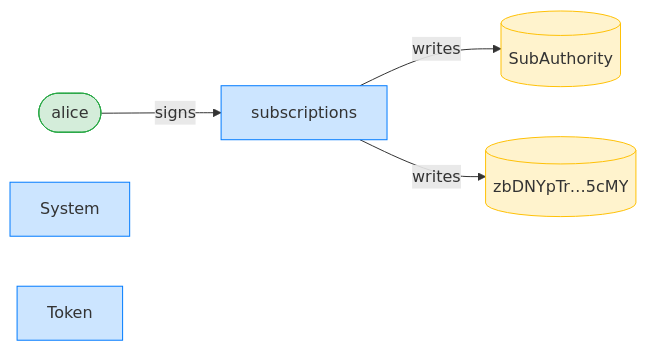
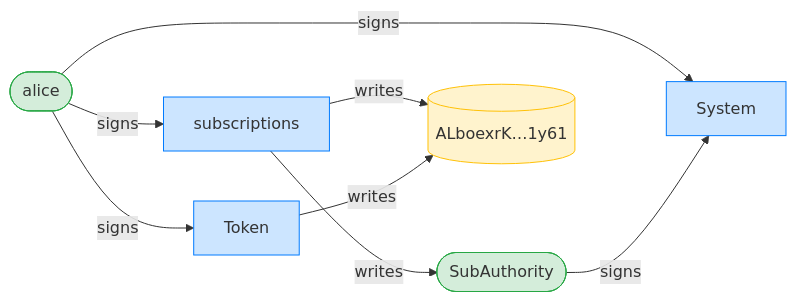
Diagram 15 of 16 in dsl_tests/subscribe-rejects-a-stale-authority-generation.md (cds-rs/subscriptions), drawn with Mermaid before and after one commit. The commit also changed other lines of this file and 224 other files, not shown here.

````diff
--- a/dsl_tests/subscribe-rejects-a-stale-authority-generation.md
+++ b/dsl_tests/subscribe-rejects-a-stale-authority-generation.md
@@ -266,15 +278,19 @@
 ```mermaid
 flowchart LR
     classDef signer fill:#d4edda,stroke:#28a745;
     classDef program fill:#cce5ff,stroke:#007bff;
     classDef writable fill:#fff3cd,stroke:#ffc107;
     subscriptions[subscriptions]:::program
     alice([alice]):::signer
-    SubAuthority[(SubAuthority)]:::writable
-    zbDNYpTr_5cMY[("zbDNYpTr…5cMY")]:::writable
+    SubAuthority([SubAuthority]):::signer
+    ALboexrK_1y61[("ALboexrK…1y61")]:::writable
     System[System]:::program
     Token[Token]:::program
     alice -->|signs| subscriptions
+    alice -->|signs| System
+    SubAuthority -->|signs| System
+    alice -->|signs| Token
     subscriptions -->|writes| SubAuthority
-    subscriptions -->|writes| zbDNYpTr_5cMY
+    subscriptions -->|writes| ALboexrK_1y61
+    Token -->|writes| ALboexrK_1y61
 ```
````
